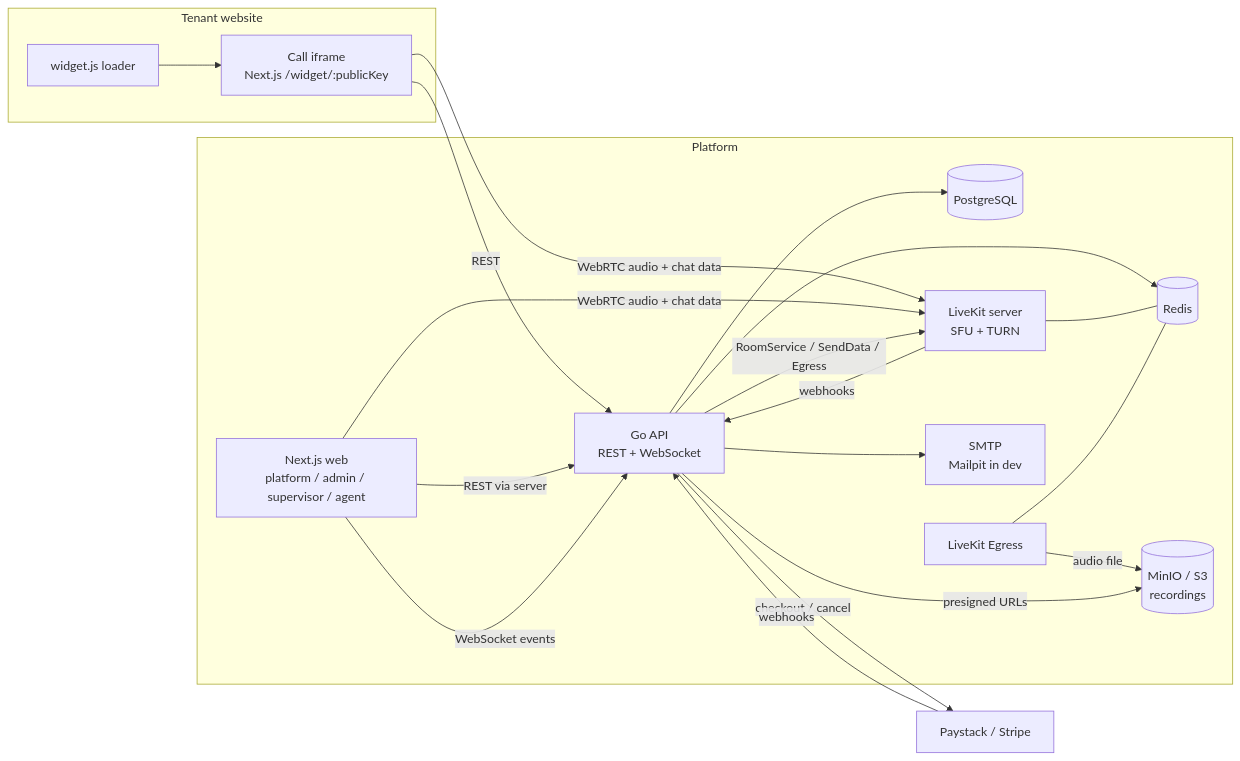
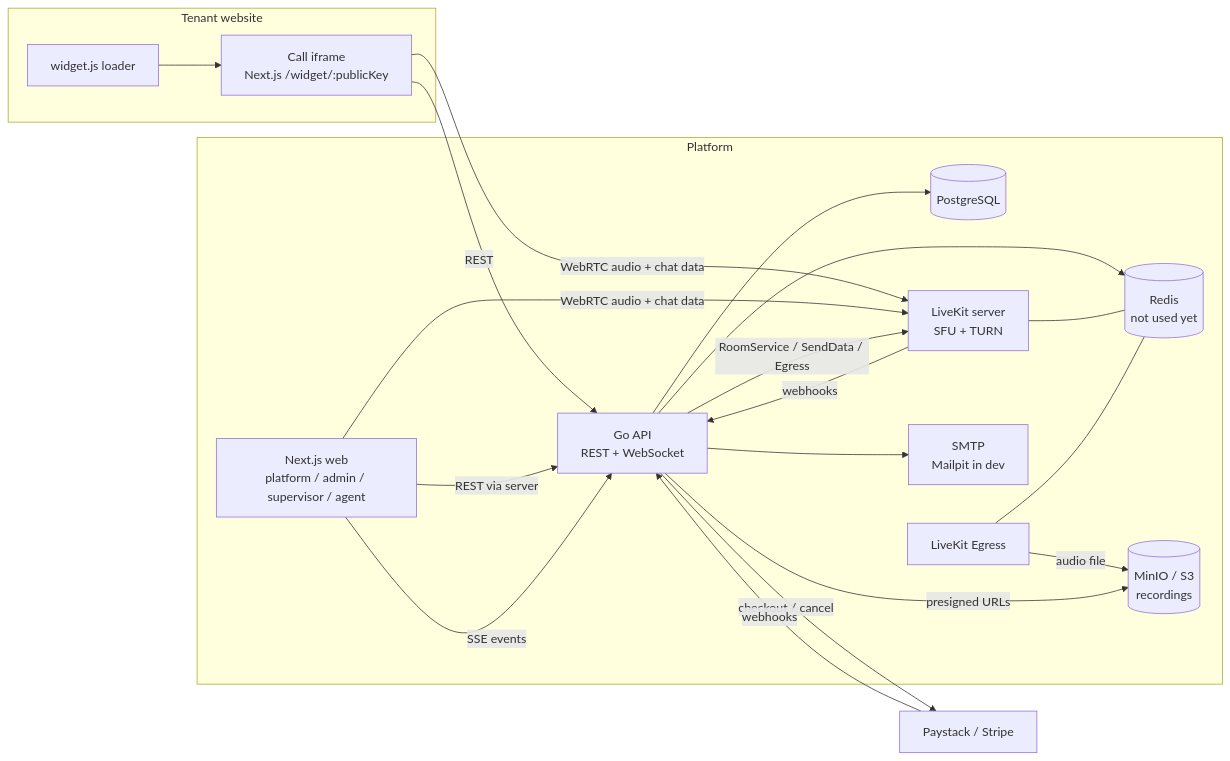
One commit to Michaeloduah/call-center changed the first of 2 diagrams in docs/ARCHITECTURE.md. Above: the diagram before and after it, drawn with Mermaid. The commit also changed other lines of this file and 68 other files, not shown here.

````diff
--- a/docs/ARCHITECTURE.md
+++ b/docs/ARCHITECTURE.md
@@ -53,33 +56,33 @@
 ```mermaid
 flowchart LR
   subgraph Tenant website
     W[widget.js loader] --> IF[Call iframe<br/>Next.js /widget/:publicKey]
   end
   subgraph Platform
     WEB[Next.js web<br/>platform / admin / supervisor / agent]
     API[Go API<br/>REST + WebSocket]
     PG[(PostgreSQL)]
-    RD[(Redis)]
+    RD[(Redis<br/>not used yet)]
     LK[LiveKit server<br/>SFU + TURN]
     EG[LiveKit Egress]
     S3[(MinIO / S3<br/>recordings)]
     SMTP[SMTP<br/>Mailpit in dev]
   end
   PAY[Paystack / Stripe]
   IF -- REST --> API
   IF -- WebRTC audio + chat data --> LK
   WEB -- REST via server --> API
-  WEB -- WebSocket events --> API
+  WEB -- SSE events --> API
   WEB -- WebRTC audio + chat data --> LK
   API --> PG
   API --> RD
   API -- RoomService / SendData / Egress --> LK
   LK -- webhooks --> API
   LK --- RD
   EG --- RD
   EG -- audio file --> S3
   API -- presigned URLs --> S3
   API --> SMTP
   API -- checkout / cancel --> PAY
   PAY -- webhooks --> API
 ```
````
